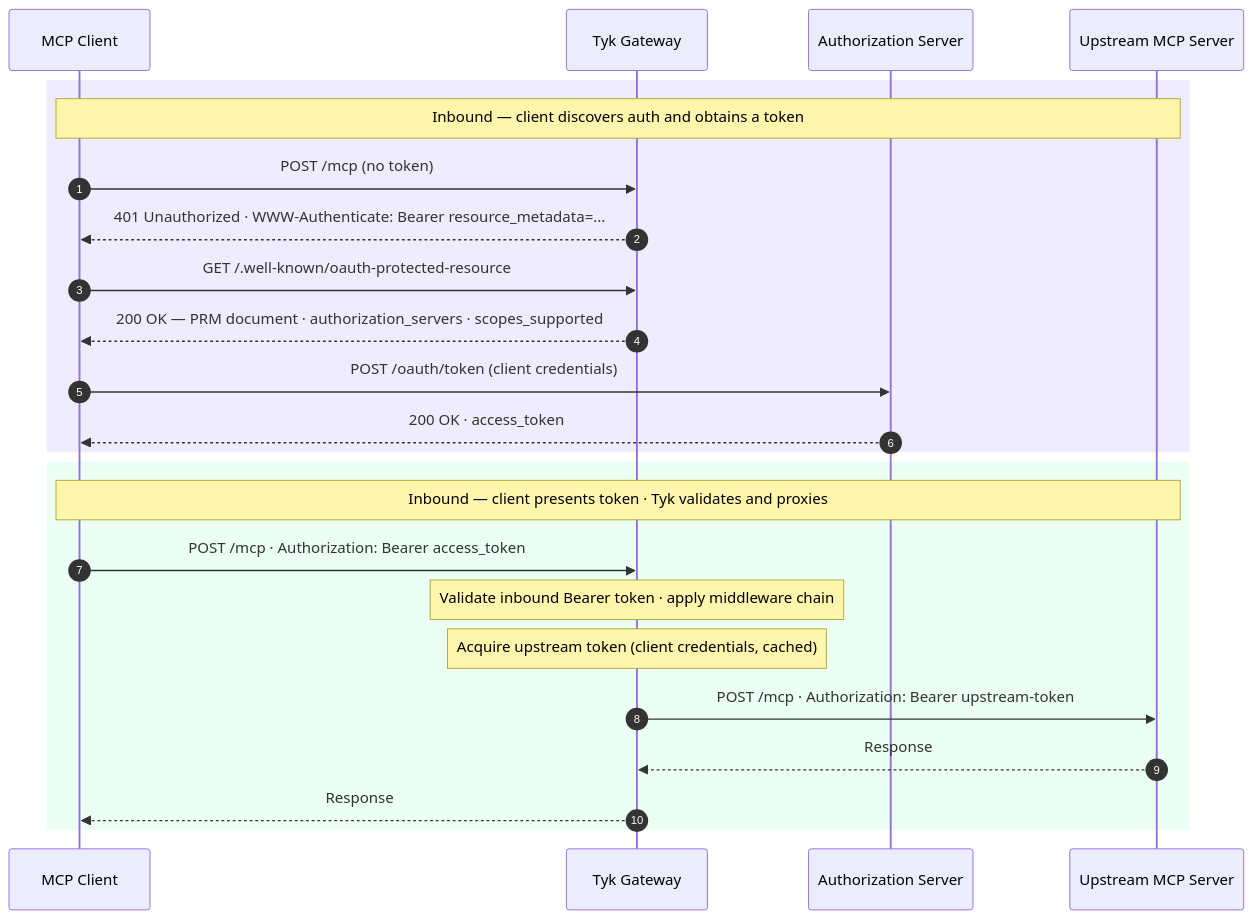
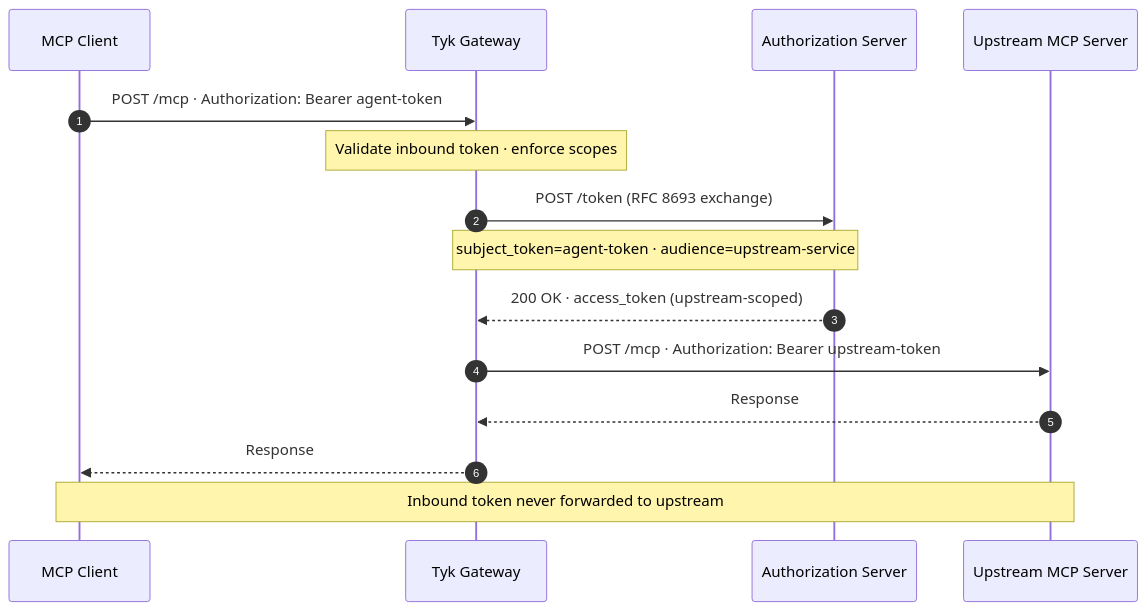
The third of 3 diagrams in ai-management/mcp-gateway/oauth-2-1.mdx (TykTechnologies/tyk-docs), drawn with Mermaid before and after one commit. The commit also changed other lines of this file and 14 other files, not shown here.

First line of the commit message:
docs(TT-17121): OAuth 2.0 external IdP, scope check, PRM, and token exchange

````diff
--- a/ai-management/mcp-gateway/oauth-2-1.mdx
+++ b/ai-management/mcp-gateway/oauth-2-1.mdx
@@ -192,28 +256,20 @@
 ```mermaid
 sequenceDiagram
     autonumber
     participant C as MCP Client
     participant T as Tyk Gateway
-    participant A as Authorization Server
+    participant I as Authorization Server
     participant U as Upstream MCP Server
 
-    rect rgb(240, 236, 255)
-        Note over C,U: Inbound — client discovers auth and obtains a token
-        C->>T: POST /mcp (no token)
-        T-->>C: 401 Unauthorized · WWW-Authenticate: Bearer resource_metadata=...
-        C->>T: GET /.well-known/oauth-protected-resource
-        T-->>C: 200 OK — PRM document · authorization_servers · scopes_supported
-        C->>A: POST /oauth/token (client credentials)
-        A-->>C: 200 OK · access_token
-    end
+    C->>T: POST /mcp · Authorization: Bearer agent-token
+    Note over T: Validate inbound token · enforce scopes
 
-    rect rgb(235, 255, 244)
-        Note over C,U: Inbound — client presents token · Tyk validates and proxies
-        C->>T: POST /mcp · Authorization: Bearer access_token
-        Note over T: Validate inbound Bearer token · apply middleware chain
-        Note over T: Acquire upstream token (client credentials, cached)
-        T->>U: POST /mcp · Authorization: Bearer upstream-token
-        U-->>T: Response
-        T-->>C: Response
-    end
+    T->>I: POST /token (RFC 8693 exchange)
+    Note over T,I: subject_token=agent-token · audience=upstream-service
+    I-->>T: 200 OK · access_token (upstream-scoped)
+
+    T->>U: POST /mcp · Authorization: Bearer upstream-token
+    U-->>T: Response
+    T-->>C: Response
+    Note over C,U: Inbound token never forwarded to upstream
 ```
````
